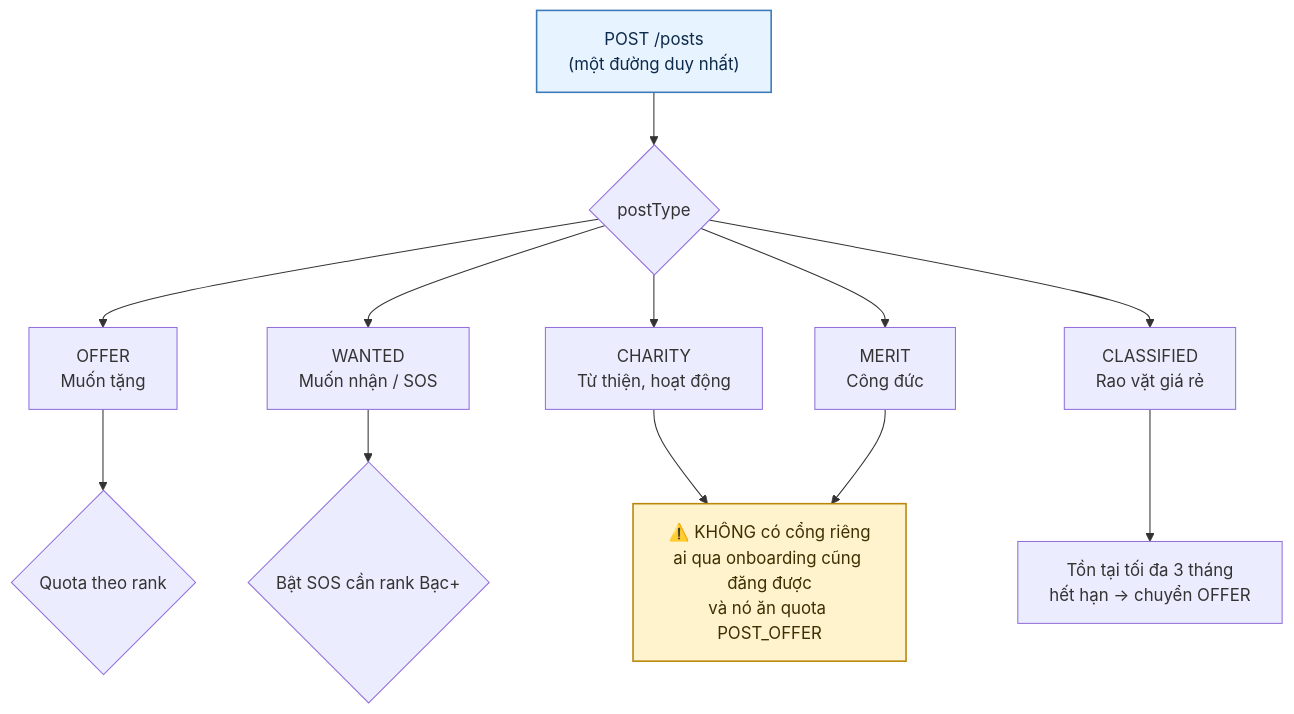
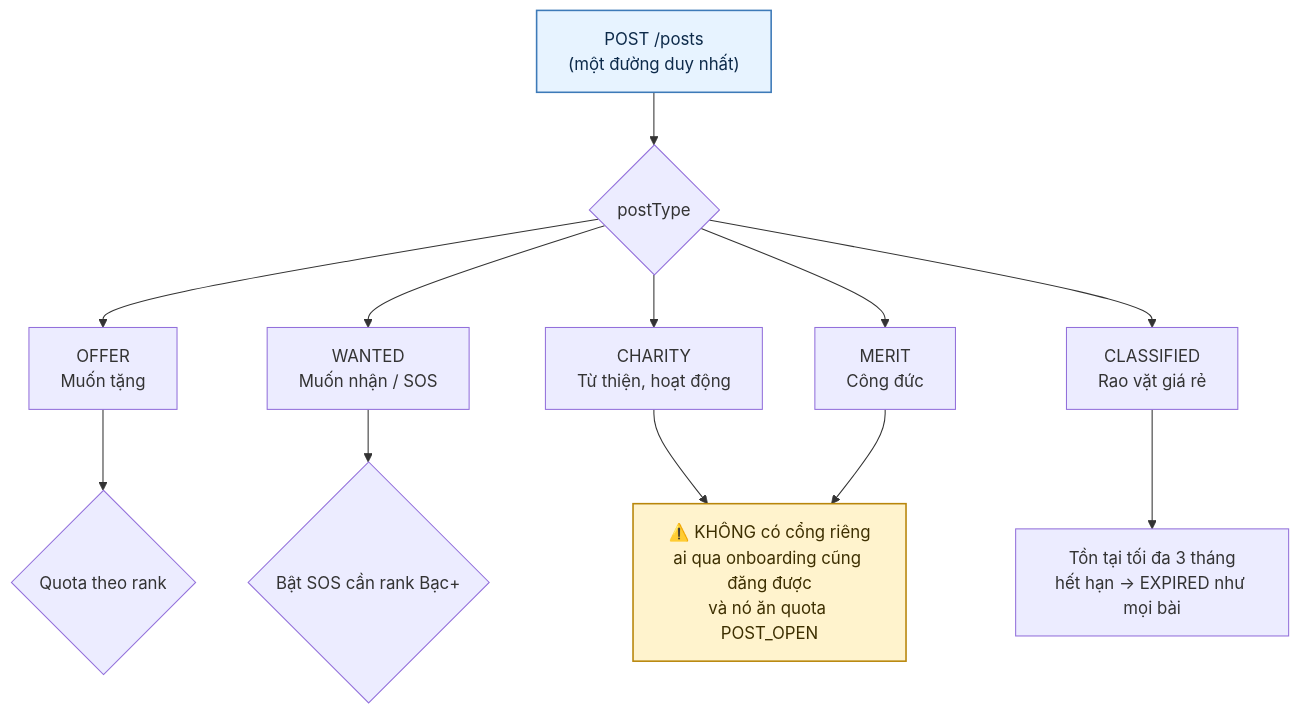
Before and after one commit to fdshn/trueheart: the first of 7 diagrams in docs/diagram/04-post.md, drawn with Mermaid. The commit also changed other lines of this file and 49 other files, not shown here.

````diff
--- a/docs/diagram/04-post.md
+++ b/docs/diagram/04-post.md
@@ -7,18 +7,18 @@
 ```mermaid
 flowchart TD
     P["POST /posts<br/>(một đường duy nhất)"] --> T{postType}
     T --> O["OFFER<br/>Muốn tặng"]
     T --> W["WANTED<br/>Muốn nhận / SOS"]
     T --> C["CHARITY<br/>Từ thiện, hoạt động"]
     T --> L["CLASSIFIED<br/>Rao vặt giá rẻ"]
     T --> M["MERIT<br/>Công đức"]
 
     O --> Q{Quota theo rank}
     W --> S{Bật SOS cần rank Bạc+}
-    C --> A["⚠️ KHÔNG có cổng riêng<br/>ai qua onboarding cũng đăng được<br/>và nó ăn quota POST_OFFER"]
-    L --> E[Tồn tại tối đa 3 tháng<br/>hết hạn → chuyển OFFER]
+    C --> A["⚠️ KHÔNG có cổng riêng<br/>ai qua onboarding cũng đăng được<br/>và nó ăn quota POST_OPEN"]
+    L --> E[Tồn tại tối đa 3 tháng<br/>hết hạn → EXPIRED như mọi bài]
     M --> A
 
     style P fill:#e7f3ff,stroke:#3d7ab8,stroke-width:1.5px,color:#0d2a4a
     style A fill:#fff3cd,stroke:#b8860b,stroke-width:1.5px,color:#3d2f00
 ```
````
